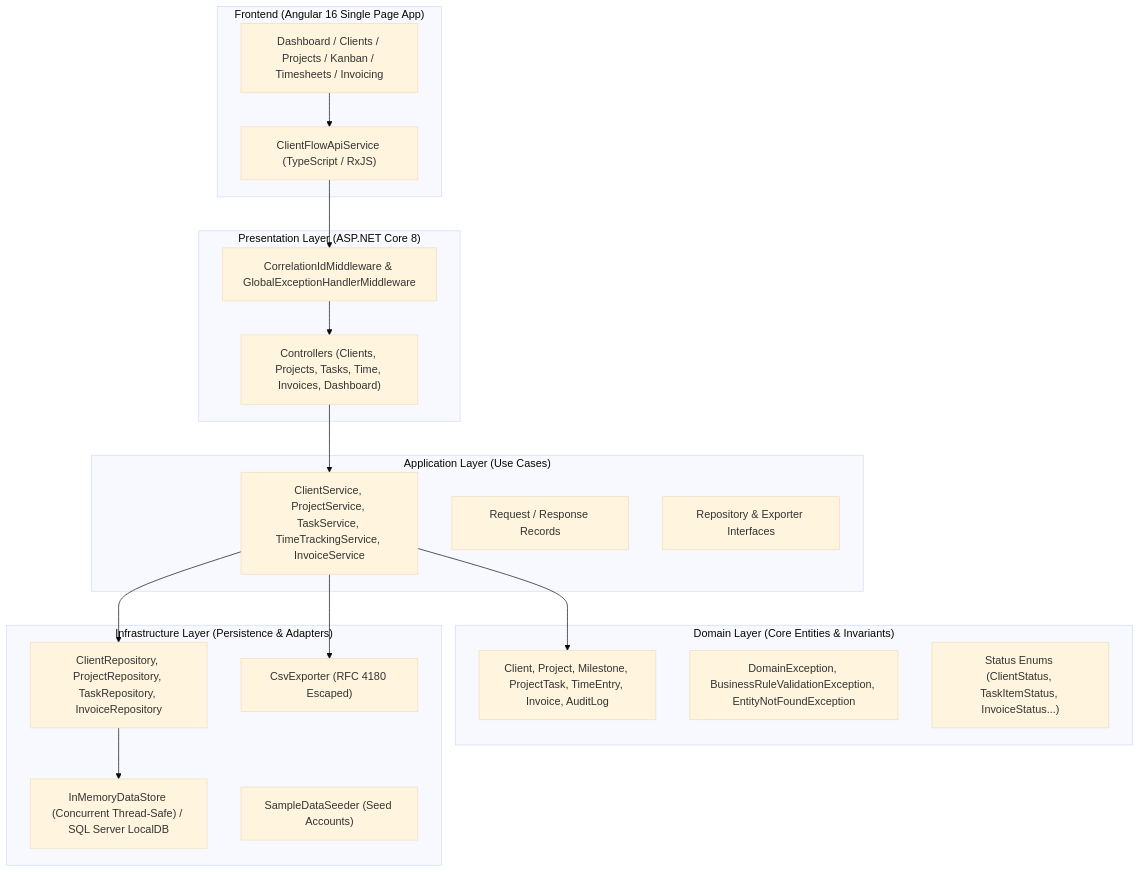
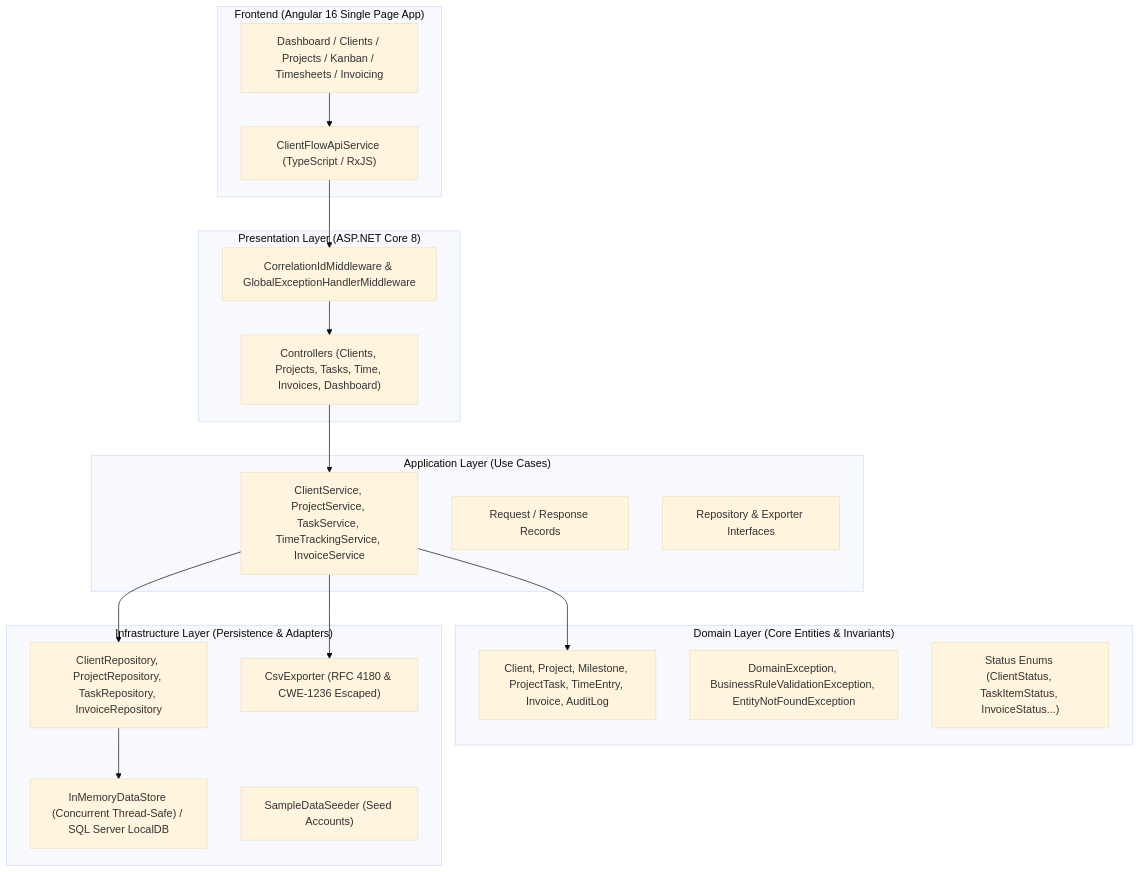
One commit to RASHA2702/ClientFlow changed the diagram in README.md. Above: the diagram before and after it, drawn with Mermaid (base theme). The commit also changed other lines of this file and 5 other files, not shown here.

Commit message:
Security & precision upgrade: CWE-1236 defense, commercial rounding, RFC 9457

````diff
--- a/README.md
+++ b/README.md
@@ -49,40 +49,40 @@
 ```mermaid
 flowchart TD
     subgraph Client ["Frontend (Angular 16 Single Page App)"]
         SPA["Dashboard / Clients / Projects / Kanban / Timesheets / Invoicing"]
         ApiService["ClientFlowApiService (TypeScript / RxJS)"]
     end
 
     subgraph API ["Presentation Layer (ASP.NET Core 8)"]
         Controllers["Controllers (Clients, Projects, Tasks, Time, Invoices, Dashboard)"]
         Middlewares["CorrelationIdMiddleware & GlobalExceptionHandlerMiddleware"]
     end
 
     subgraph App ["Application Layer (Use Cases)"]
         Services["ClientService, ProjectService, TaskService, TimeTrackingService, InvoiceService"]
         DTOs["Request / Response Records"]
         AppInterfaces["Repository & Exporter Interfaces"]
     end
 
     subgraph Dom ["Domain Layer (Core Entities & Invariants)"]
         Entities["Client, Project, Milestone, ProjectTask, TimeEntry, Invoice, AuditLog"]
         Exceptions["DomainException, BusinessRuleValidationException, EntityNotFoundException"]
         Enums["Status Enums (ClientStatus, TaskItemStatus, InvoiceStatus...)"]
     end
 
     subgraph Infra ["Infrastructure Layer (Persistence & Adapters)"]
         Store["InMemoryDataStore (Concurrent Thread-Safe) / SQL Server LocalDB"]
         Repos["ClientRepository, ProjectRepository, TaskRepository, InvoiceRepository"]
-        Csv["CsvExporter (RFC 4180 Escaped)"]
+        Csv["CsvExporter (RFC 4180 & CWE-1236 Escaped)"]
         Seeder["SampleDataSeeder (Seed Accounts)"]
     end
 
     SPA --> ApiService
     ApiService --> Middlewares
     Middlewares --> Controllers
     Controllers --> Services
     Services --> Entities
     Services --> Repos
     Repos --> Store
     Services --> Csv
 ```
````
